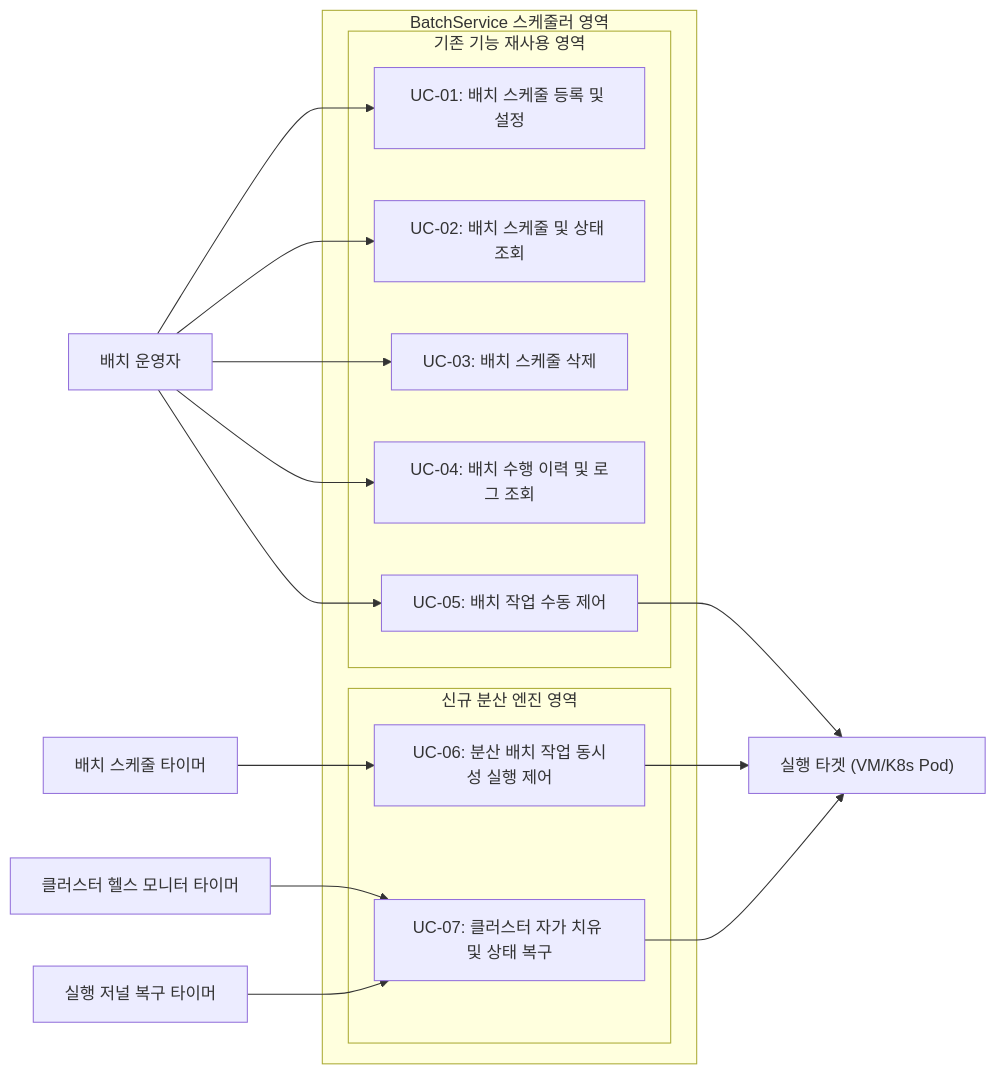
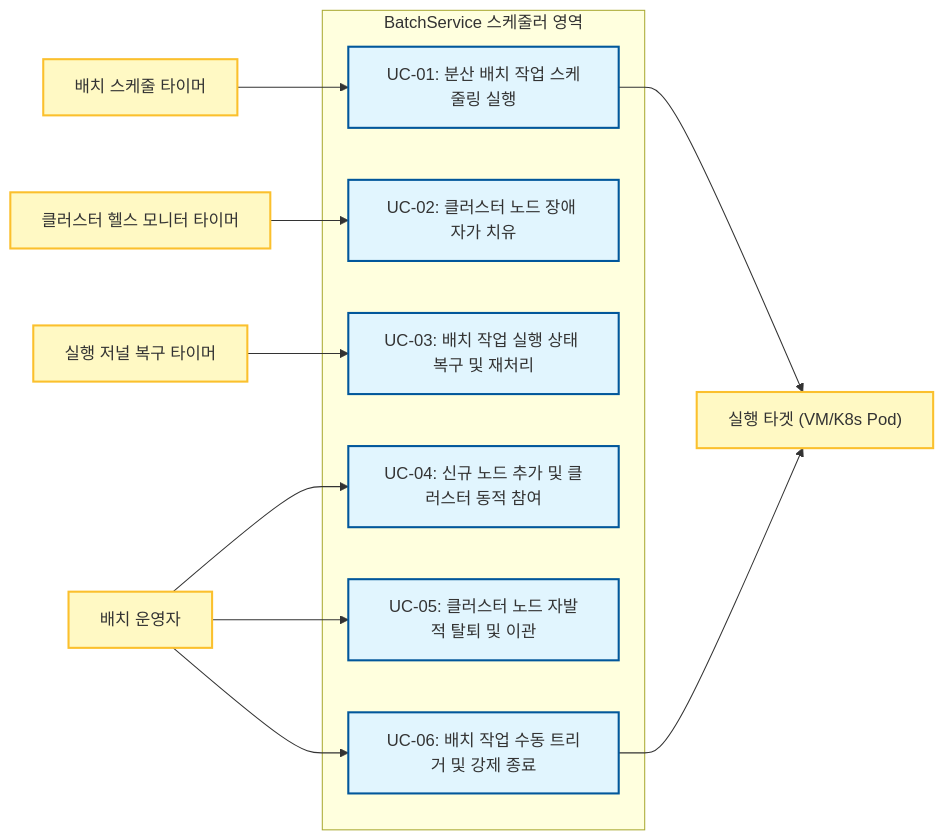
The diagram in ArchitectureSpecification/3. Architectural Driver/3.1 Use Case Model.md (reddiana/a-cert), drawn with Mermaid before and after one commit. The commit also changed other lines of this file and 79 other files, not shown here.

````diff
--- a/ArchitectureSpecification/3. Architectural Driver/3.1 Use Case Model.md
+++ b/ArchitectureSpecification/3. Architectural Driver/3.1 Use Case Model.md
@@ -23,39 +22,35 @@
 ```mermaid
 graph LR
     %% Actors
-    Operator[배치 운영자]
     Timer01["배치 스케줄 타이머"]
     Timer02["클러스터 헬스 모니터 타이머"]
     Timer03["실행 저널 복구 타이머"]
+    Operator[배치 운영자]
     Target["실행 타겟 (VM/K8s Pod)"]
 
     subgraph BatchService_Scheduler [BatchService 스케줄러 영역]
-        subgraph Reused_Features [기존 기능 재사용 영역]
-            UC01["UC-01: 배치 스케줄 등록 및 설정"]
-            UC02["UC-02: 배치 스케줄 및 상태 조회"]
-            UC03["UC-03: 배치 스케줄 삭제"]
-            UC04["UC-04: 배치 수행 이력 및 로그 조회"]
-            UC05["UC-05: 배치 작업 수동 제어"]
-        end
-        
-        subgraph New_Redesigned [신규 분산 엔진 영역]
-            UC06["UC-06: 분산 배치 작업 동시성 실행 제어"]
-            UC07["UC-07: 클러스터 자가 치유 및 상태 복구"]
-        end
+        UC01["UC-01: 분산 배치 작업 스케줄링 실행"]
+        UC02["UC-02: 클러스터 노드 장애 자가 치유"]
+        UC03["UC-03: 배치 작업 실행 상태 복구 및 재처리"]
+        UC04["UC-04: 신규 노드 추가 및 클러스터 동적 참여"]
+        UC05["UC-05: 클러스터 노드 자발적 탈퇴 및 이관"]
+        UC06["UC-06: 배치 작업 수동 트리거 및 강제 종료"]
     end
 
     %% Relations
-    Operator --> UC01
-    Operator --> UC02
-    Operator --> UC03
+    Timer01 --> UC01
+    Timer02 --> UC02
+    Timer03 --> UC03
     Operator --> UC04
     Operator --> UC05
+    Operator --> UC06
+    
+    UC01 --> Target
+    UC06 --> Target
 
-    Timer01 --> UC06
-    Timer02 --> UC07
-    Timer03 --> UC07
-    
-    UC05 --> Target
-    UC06 --> Target
-    UC07 --> Target
+    %% Styling
+    classDef actor fill:#fff9c4,stroke:#fbc02d,stroke-width:2px;
+    classDef uc fill:#e1f5fe,stroke:#01579b,stroke-width:2px;
+    class Timer01,Timer02,Timer03,Operator,Target actor;
+    class UC01,UC02,UC03,UC04,UC05,UC06 uc;
 ```
````
